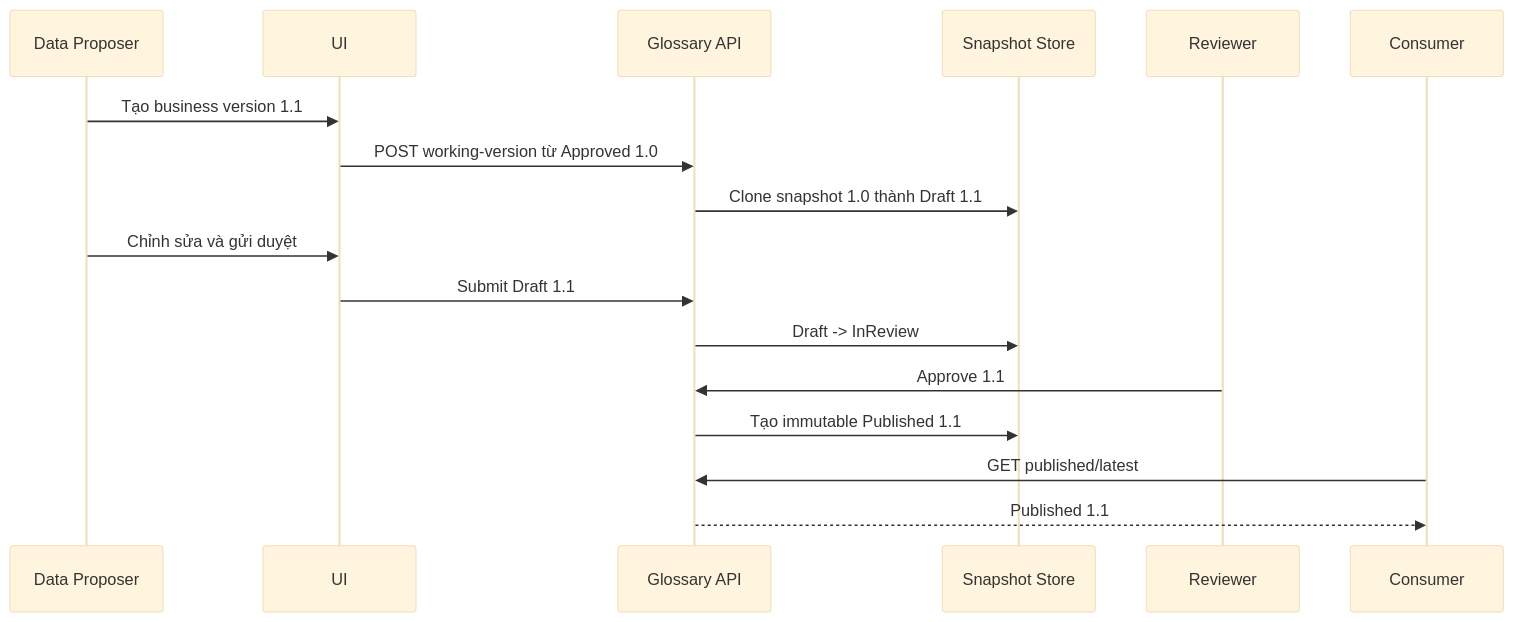
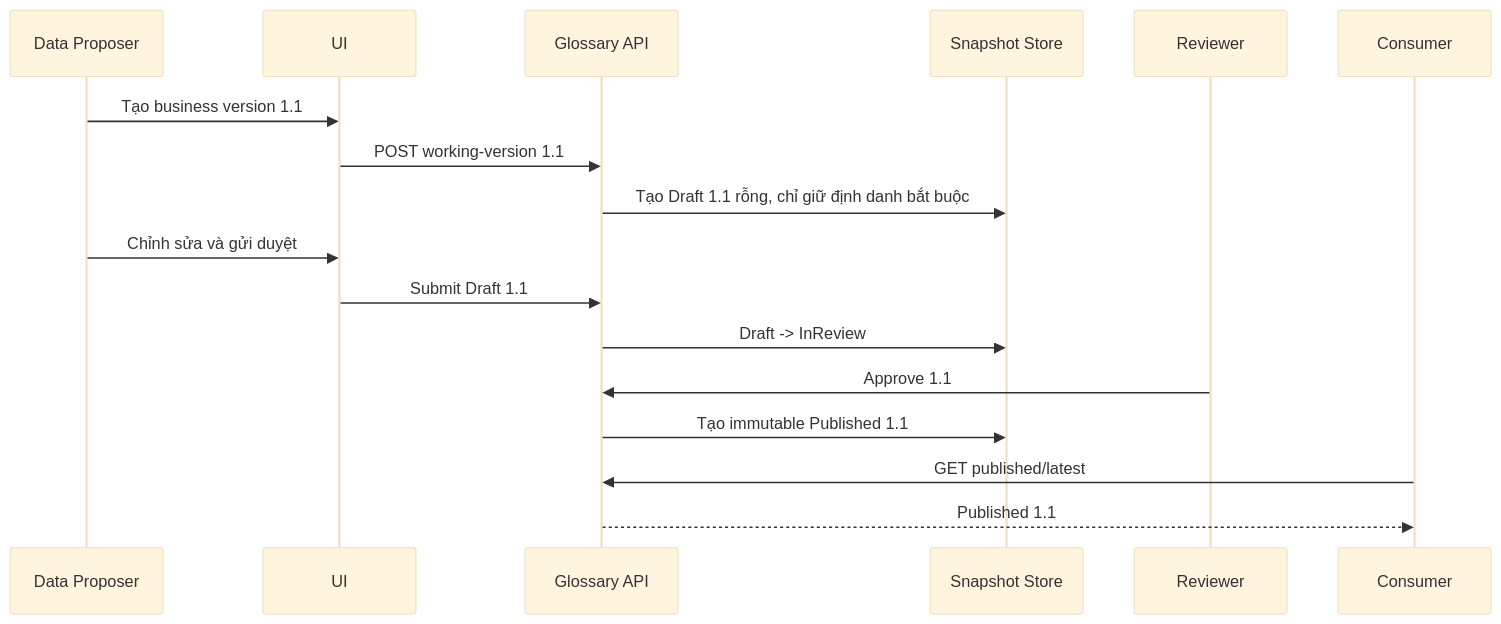
Before and after one commit to dinhphu2k1-gif/OpenMetadata: the second of 2 diagrams in docs/glossary-glossary-term-version-role-design.md, drawn with Mermaid (base theme). The commit also changed other lines of this file and 71 other files, not shown here.

````diff
--- a/docs/glossary-glossary-term-version-role-design.md
+++ b/docs/glossary-glossary-term-version-role-design.md
@@ -254,20 +256,20 @@
 ```mermaid
 sequenceDiagram
     participant P as Data Proposer
     participant UI as UI
     participant API as Glossary API
     participant DB as Snapshot Store
     participant R as Reviewer
     participant C as Consumer
 
     P->>UI: Tạo business version 1.1
-    UI->>API: POST working-version từ Approved 1.0
-    API->>DB: Clone snapshot 1.0 thành Draft 1.1
+    UI->>API: POST working-version 1.1
+    API->>DB: Tạo Draft 1.1 rỗng, chỉ giữ định danh bắt buộc
     P->>UI: Chỉnh sửa và gửi duyệt
     UI->>API: Submit Draft 1.1
     API->>DB: Draft -> InReview
     R->>API: Approve 1.1
     API->>DB: Tạo immutable Published 1.1
     C->>API: GET published/latest
     API-->>C: Published 1.1
 ```
````
